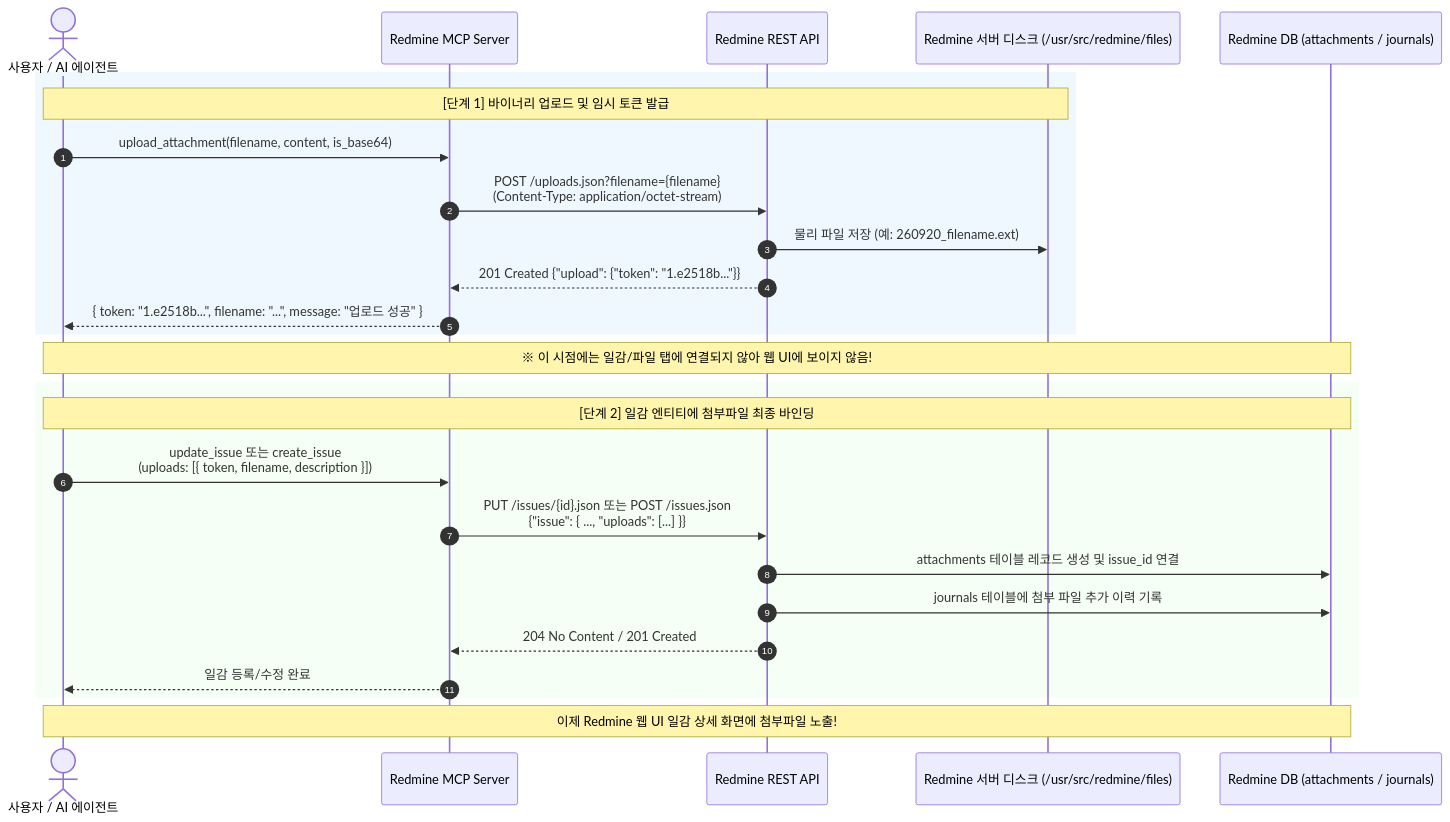
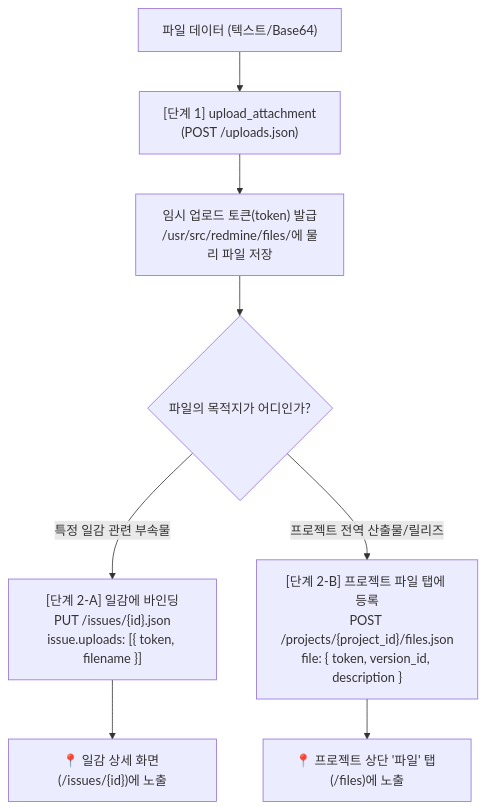
One commit to kakakakekeke/redmini-mcp-prj changed the diagram in document/sop/attachment_process_sop.md. Above: the diagram before and after it, drawn with Mermaid. The commit also changed other lines of this file and 1 other file, not shown here.

First line of the commit message:
docs(sop): update attachment process SOP with project files tab

````diff
--- a/document/sop/attachment_process_sop.md
+++ b/document/sop/attachment_process_sop.md
@@ -42,32 +59,13 @@
 ```mermaid
-sequenceDiagram
-    autonumber
-    actor User as 사용자 / AI 에이전트
-    participant MCP as Redmine MCP Server
-    participant RedmineAPI as Redmine REST API
-    participant Disk as Redmine 서버 디스크 (/usr/src/redmine/files)
-    participant DB as Redmine DB (attachments / journals)
-
-    rect rgb(240, 248, 255)
-    Note over User,Disk: [단계 1] 바이너리 업로드 및 임시 토큰 발급
-    User->>MCP: upload_attachment(filename, content, is_base64)
-    MCP->>RedmineAPI: POST /uploads.json?filename={filename}<br>(Content-Type: application/octet-stream)
-    RedmineAPI->>Disk: 물리 파일 저장 (예: 260920_filename.ext)
-    RedmineAPI-->>MCP: 201 Created {"upload": {"token": "1.e2518b..."}}
-    MCP-->>User: { token: "1.e2518b...", filename: "...", message: "업로드 성공" }
-    end
-
-    Note over User,DB: ※ 이 시점에는 일감/파일 탭에 연결되지 않아 웹 UI에 보이지 않음!
-
-    rect rgb(245, 255, 245)
-    Note over User,DB: [단계 2] 일감 엔티티에 첨부파일 최종 바인딩
-    User->>MCP: update_issue 또는 create_issue<br>(uploads: [{ token, filename, description }])
-    MCP->>RedmineAPI: PUT /issues/{id}.json 또는 POST /issues.json<br>{"issue": { ..., "uploads": [...] }}
-    RedmineAPI->>DB: attachments 테이블 레코드 생성 및 issue_id 연결
-    RedmineAPI->>DB: journals 테이블에 첨부 파일 추가 이력 기록
-    RedmineAPI-->>MCP: 204 No Content / 201 Created
-    MCP-->>User: 일감 등록/수정 완료
-    end
-
-    Note over User,DB:  이제 Redmine 웹 UI 일감 상세 화면에 첨부파일 노출!
+flowchart TD
+    Start["파일 데이터 (텍스트/Base64)"] --> Step1["[단계 1] upload_attachment<br>(POST /uploads.json)"]
+    Step1 --> Token["임시 업로드 토큰(token) 발급<br>/usr/src/redmine/files/에 물리 파일 저장"]
+    
+    Token --> Decision{"파일의 목적지가 어디인가?"}
+    
+    Decision -->|특정 일감 관련 부속물| Step2A["[단계 2-A] 일감에 바인딩<br>PUT /issues/{id}.json<br>issue.uploads: [{ token, filename }]"]
+    Step2A --> ViewA["📍 일감 상세 화면 (/issues/{id})에 노출"]
+    
+    Decision -->|프로젝트 전역 산출물/릴리즈| Step2B["[단계 2-B] 프로젝트 파일 탭에 등록<br>POST /projects/{project_id}/files.json<br>file: { token, version_id, description }"]
+    Step2B --> ViewB["📍 프로젝트 상단 '파일' 탭 (/files)에 노출"]
 ```
````
